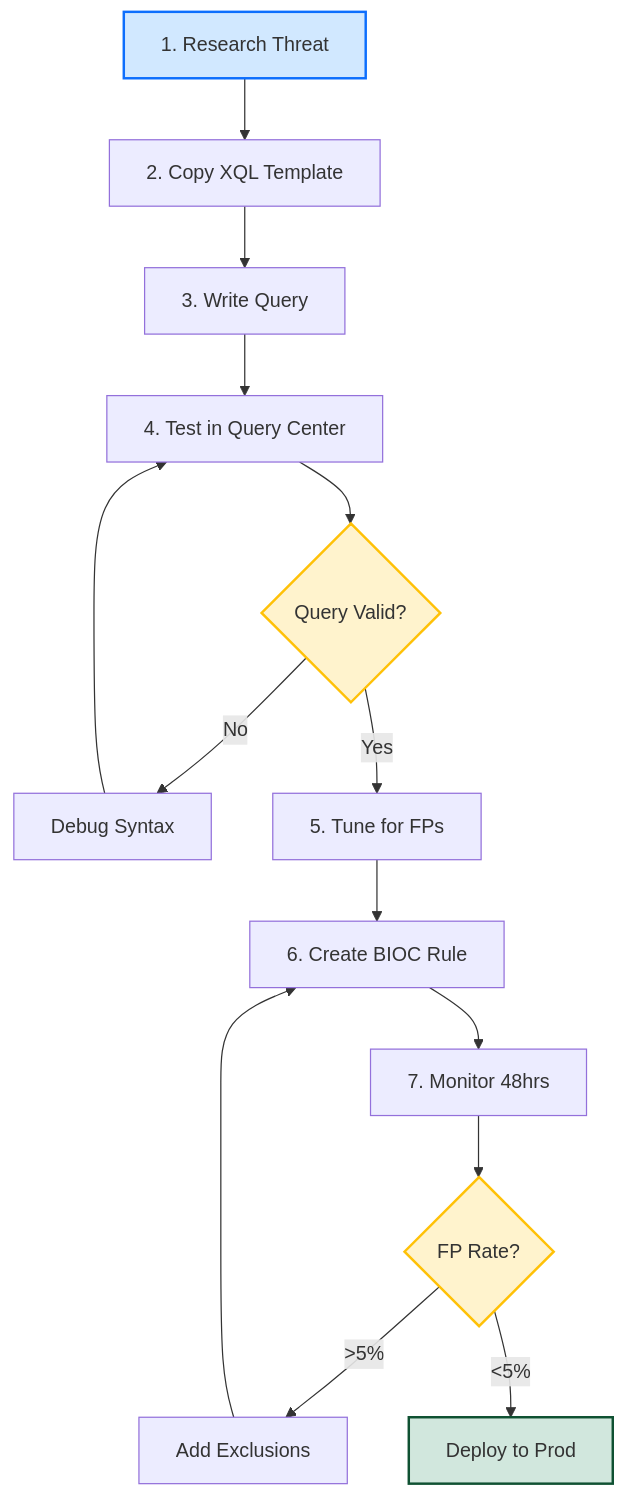
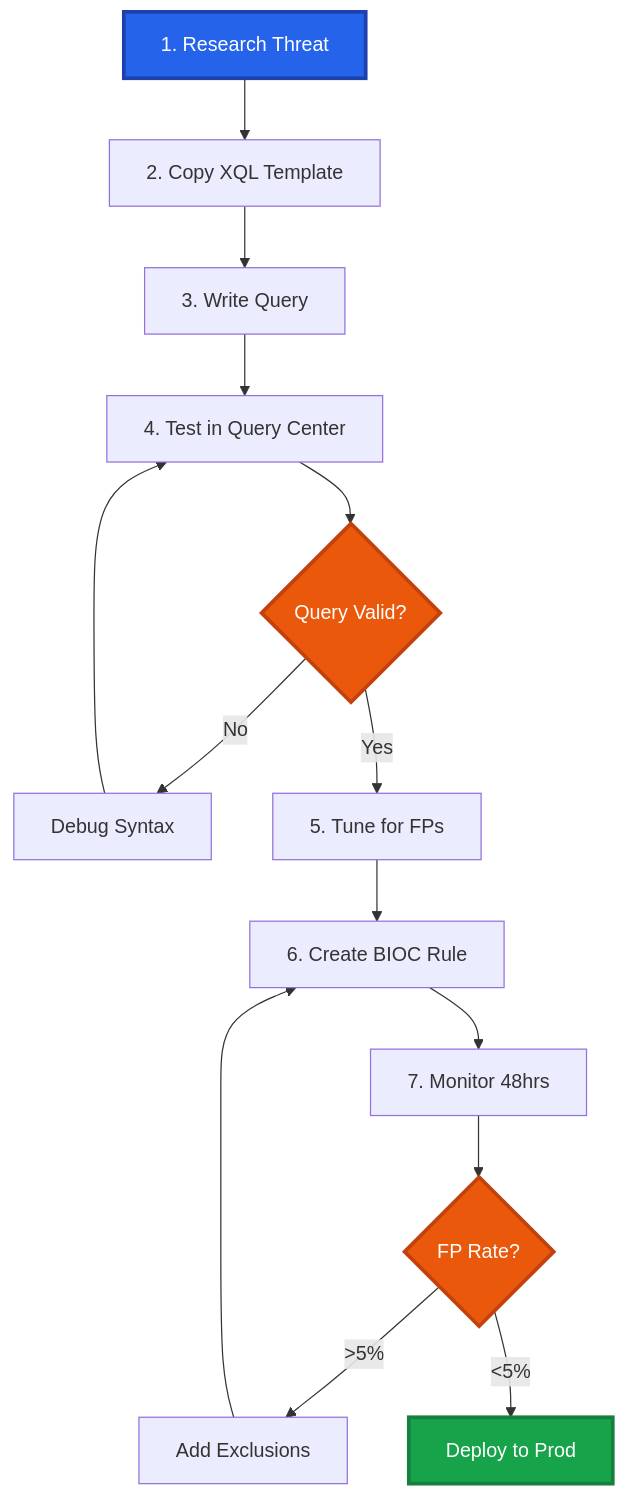
The diagram in README.md (PrototypePrime/Cortex_XDR_XQL_Detection), drawn with Mermaid before and after one commit.

Commit message:
cosmetic changes

````diff
--- a/README.md
+++ b/README.md
@@ -134,21 +134,21 @@
 ```mermaid
 graph TD
     A[1. Research Threat] --> B[2. Copy XQL Template]
     B --> C[3. Write Query]
     C --> D[4. Test in Query Center]
     D --> E{Query Valid?}
     E -->|No| F[Debug Syntax]
     F --> D
     E -->|Yes| G[5. Tune for FPs]
     G --> H[6. Create BIOC Rule]
     H --> I[7. Monitor 48hrs]
     I --> J{FP Rate?}
     J -->|>5%| K[Add Exclusions]
     K --> H
     J -->|<5%| L[Deploy to Prod]
     
-    style A fill:#d1e8ff,stroke:#0d6efd,stroke-width:2px
-    style L fill:#d1e7dd,stroke:#0f5132,stroke-width:2px
-    style E fill:#fff3cd,stroke:#ffc107,stroke-width:2px
-    style J fill:#fff3cd,stroke:#ffc107,stroke-width:2px
+    style A fill:#2563eb,color:#fff,stroke:#1e40af,stroke-width:3px
+    style L fill:#16a34a,color:#fff,stroke:#15803d,stroke-width:3px
+    style E fill:#ea580c,color:#fff,stroke:#c2410c,stroke-width:3px
+    style J fill:#ea580c,color:#fff,stroke:#c2410c,stroke-width:3px
 ```
````
